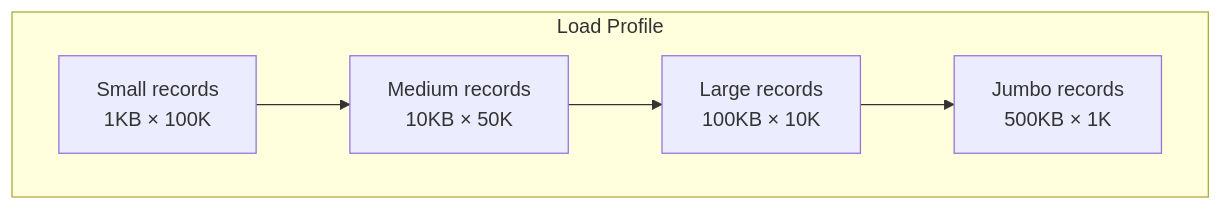
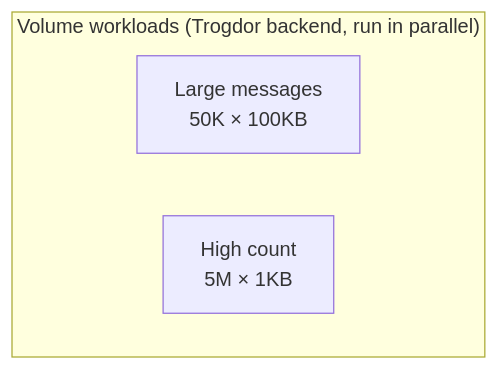
One commit to actions-marketplace-validations/bmscomp_kates changed the seventh of 10 diagrams in docs/book/05-test-types.md. Above: the diagram before and after it, drawn with Mermaid. The commit also changed other lines of this file and 23 other files, not shown here.

````diff
--- a/docs/book/05-test-types.md
+++ b/docs/book/05-test-types.md
@@ -252,7 +256,7 @@
 ```mermaid
-graph LR
-    subgraph Volume["Load Profile"]
-        direction LR
-        V1["Small records<br/>1KB × 100K"] --> V2["Medium records<br/>10KB × 50K"] --> V3["Large records<br/>100KB × 10K"] --> V4["Jumbo records<br/>500KB × 1K"]
+graph TB
+    subgraph Volume["Volume workloads (Trogdor backend, run in parallel)"]
+        V1["Large messages<br/>50K × 100KB"]
+        V2["High count<br/>5M × 1KB"]
     end
 ```
````
